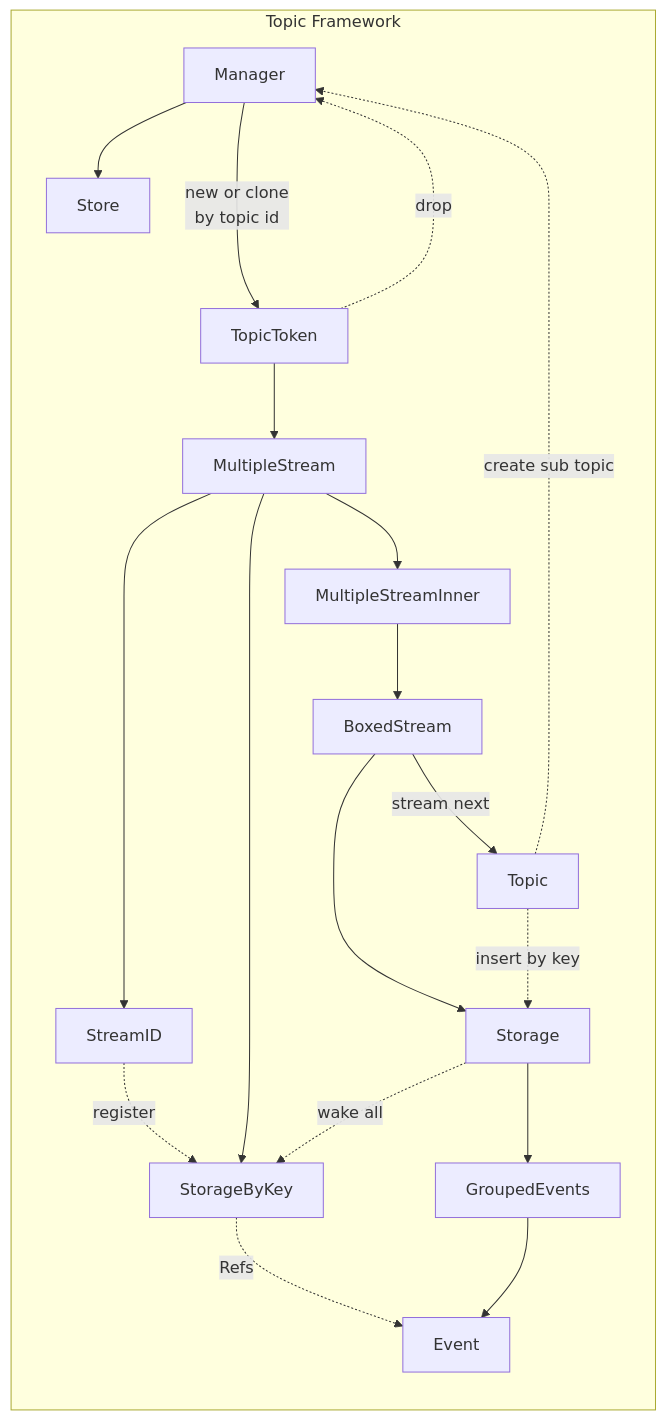
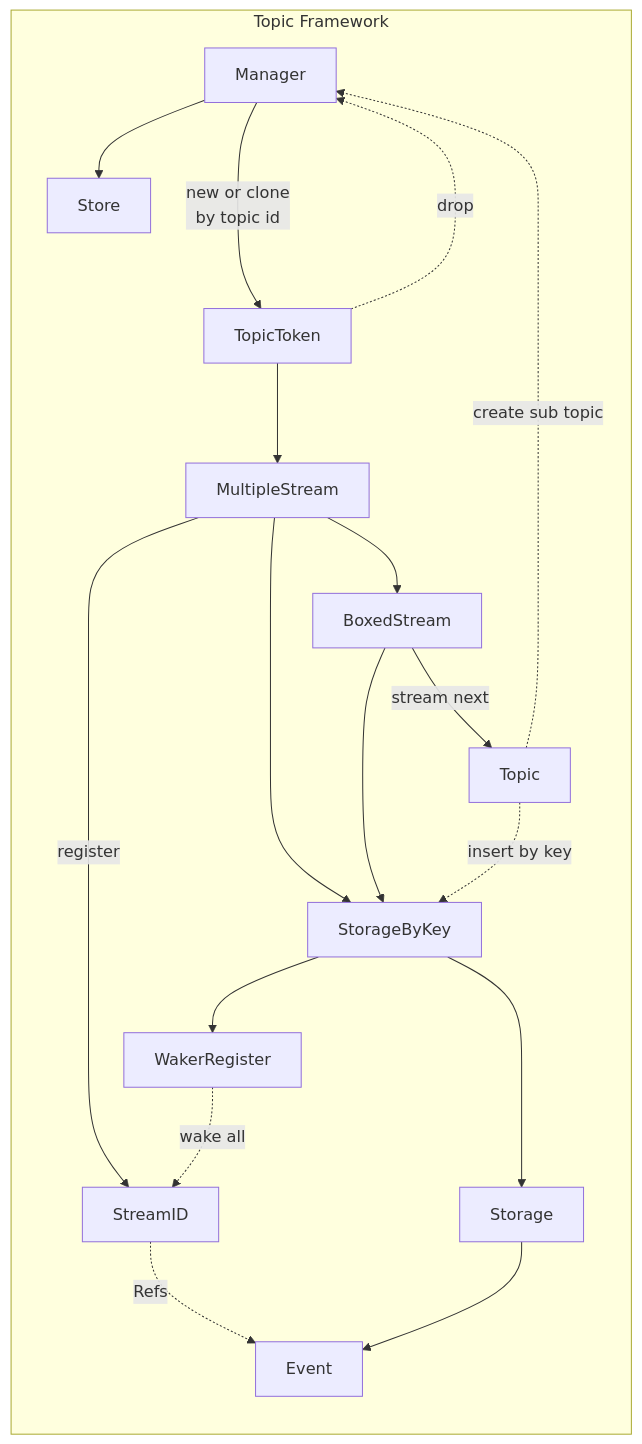
One commit to zsl99a/ztopic changed the diagram in docs/topic.md. Above: the diagram before and after it, drawn with Mermaid. The commit also changed 5 other files, not shown here.

Commit message:
接口命名和概念图调整

````diff
--- a/docs/topic.md
+++ b/docs/topic.md
@@ -1,23 +1,23 @@
 ```mermaid
 flowchart LR
     subgraph Topic Framework
 
         Manager --> Store
         Manager -->|new or clone\nby topic id| TopicToken
         TopicToken -..->|drop| Manager
         TopicToken --> MultipleStream
-        MultipleStream --> StreamID
+        MultipleStream --> BoxedStream
         MultipleStream --> StorageByKey
-        MultipleStream --> MultipleStreamInner
-        MultipleStreamInner --> BoxedStream
-        BoxedStream --> Storage
+        MultipleStream -->|register| StreamID
+        StreamID -.->|Refs| Event
+        BoxedStream --> StorageByKey
         BoxedStream -->|stream next| Topic
-        Storage -.->|wake all| StorageByKey
-        Storage --> GroupedEvents --> Event
-        StreamID -.->|register| StorageByKey
-        StorageByKey -.->|Refs| Event
+        StorageByKey --> Storage
+        StorageByKey --> WakerRegister
+        WakerRegister -.->|wake all| StreamID
+        Storage --> Event
         Topic -.->|create sub topic| Manager
-        Topic -.->|insert by key| Storage
+        Topic -.->|insert by key| StorageByKey
 
     end
 ```
````
